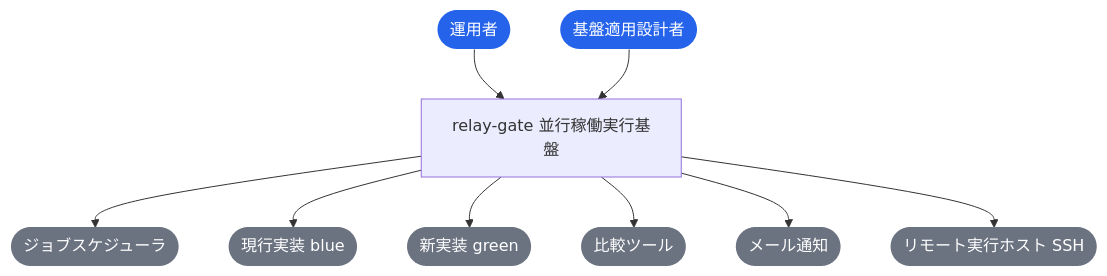
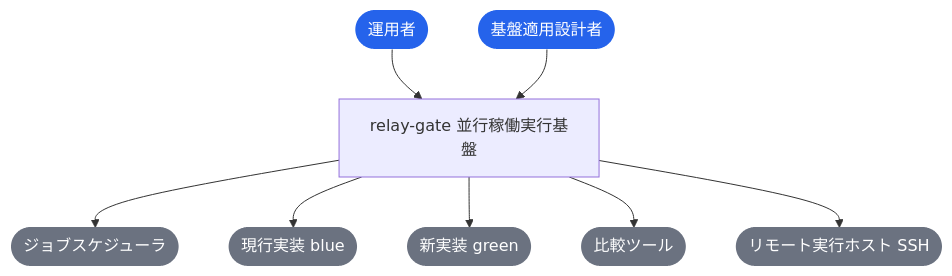
The first of 7 diagrams in docs/README.md (suwa-sh/relay-gate), drawn with Mermaid before and after one commit. The commit also changed other lines of this file and 3014 other files, not shown here.

````diff
--- a/docs/README.md
+++ b/docs/README.md
@@ -68,14 +68,13 @@
 ```mermaid
 graph TB
   SYS["relay-gate 並行稼働実行基盤"]
   運用者(["運用者"]):::actor --> SYS
   基盤適用設計者(["基盤適用設計者"]):::actor --> SYS
   SYS --> ジョブスケジューラ(["ジョブスケジューラ"]):::external
   SYS --> 現行実装_blue_(["現行実装 blue "]):::external
   SYS --> 新実装_green_(["新実装 green "]):::external
   SYS --> 比較ツール(["比較ツール"]):::external
-  SYS --> メール通知(["メール通知"]):::external
   SYS --> リモート実行ホスト_SSH_(["リモート実行ホスト SSH "]):::external
   classDef actor fill:#2563EB,color:#fff,stroke:none
   classDef external fill:#6B7280,color:#fff,stroke:none
 ```
````
